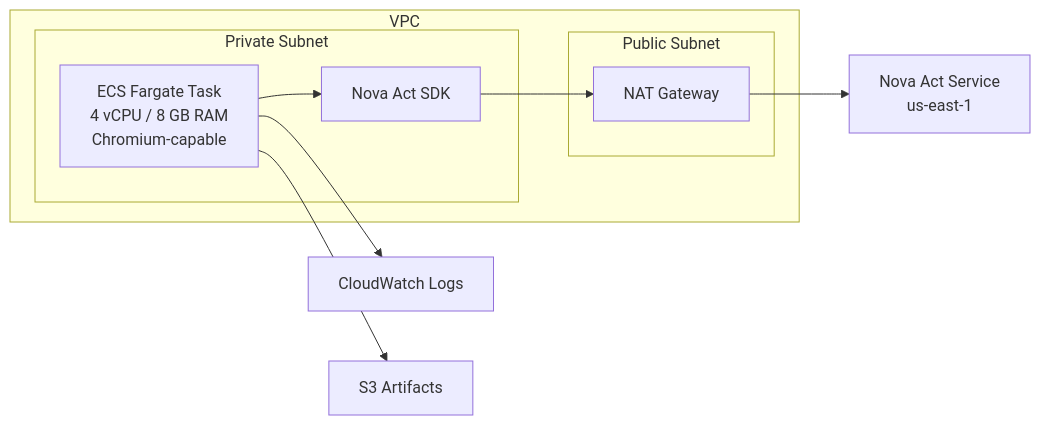
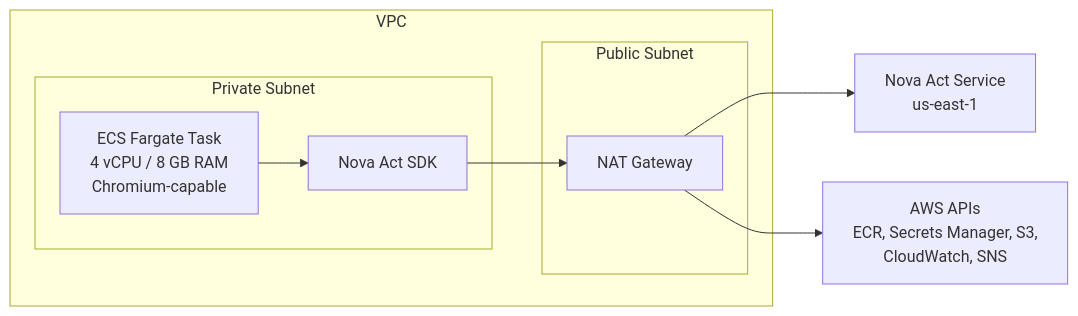
Before and after one commit to aws-samples/sample-nova-act-fleet-ecs-fargate: the second of 4 diagrams in docs/architecture.md, drawn with Mermaid. The commit also changed other lines of this file and 24 other files, not shown here.

Commit message:
Sync with the reviewed reference implementation. Includes the fixes from 605c698 (Python 3.10 floor, stack name, S3 and Secrets Manager scoping)

````diff
--- a/docs/architecture.md
+++ b/docs/architecture.md
@@ -76,16 +76,15 @@
 ```mermaid
 graph LR
     subgraph "VPC"
         subgraph "Private Subnet"
             ECS[ECS Fargate Task<br/>4 vCPU / 8 GB RAM<br/>Chromium-capable]
             ECS --> SDK[Nova Act SDK]
         end
         subgraph "Public Subnet"
             NAT[NAT Gateway]
         end
         SDK --> NAT
     end
     NAT --> NAS[Nova Act Service<br/>us-east-1]
-    ECS --> CW[CloudWatch Logs]
-    ECS --> S3[S3 Artifacts]
+    NAT --> AWS[AWS APIs<br/>ECR, Secrets Manager, S3,<br/>CloudWatch, SNS]
 ```
````
